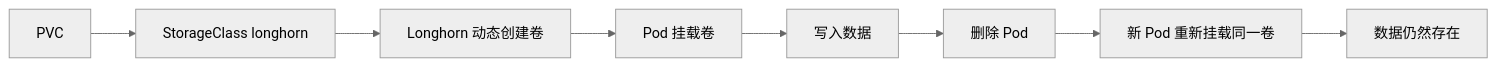
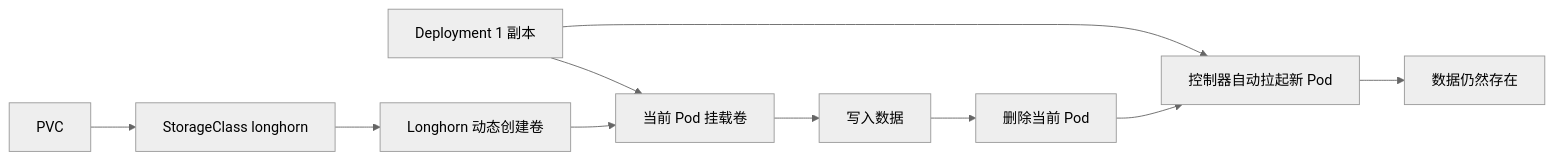
Before and after one commit to hwang-protocol/docker_k8s_2026: the third of 4 diagrams in k8s/04-storage-and-stateful/docs/00_storage_theory.md, drawn with Mermaid (neutral theme). The commit also changed other lines of this file and 40 other files, not shown here.

````diff
--- a/k8s/04-storage-and-stateful/docs/00_storage_theory.md
+++ b/k8s/04-storage-and-stateful/docs/00_storage_theory.md
@@ -243,19 +243,22 @@
 ```mermaid
 flowchart LR
+  ctrl[Deployment 1 副本]
   pvc[PVC]
   sc[StorageClass longhorn]
   volume[Longhorn 动态创建卷]
-  pod1[Pod 挂载卷]
+  pod1[当前 Pod 挂载卷]
   write[写入数据]
-  delete[删除 Pod]
-  pod2[新 Pod 重新挂载同一卷]
+  delete[删除当前 Pod]
+  pod2[控制器自动拉起新 Pod]
   data[数据仍然存在]
 
+  ctrl --> pod1
+  ctrl --> pod2
   pvc --> sc
   sc --> volume
   volume --> pod1
   pod1 --> write
   write --> delete
   delete --> pod2
   pod2 --> data
 ```
````
